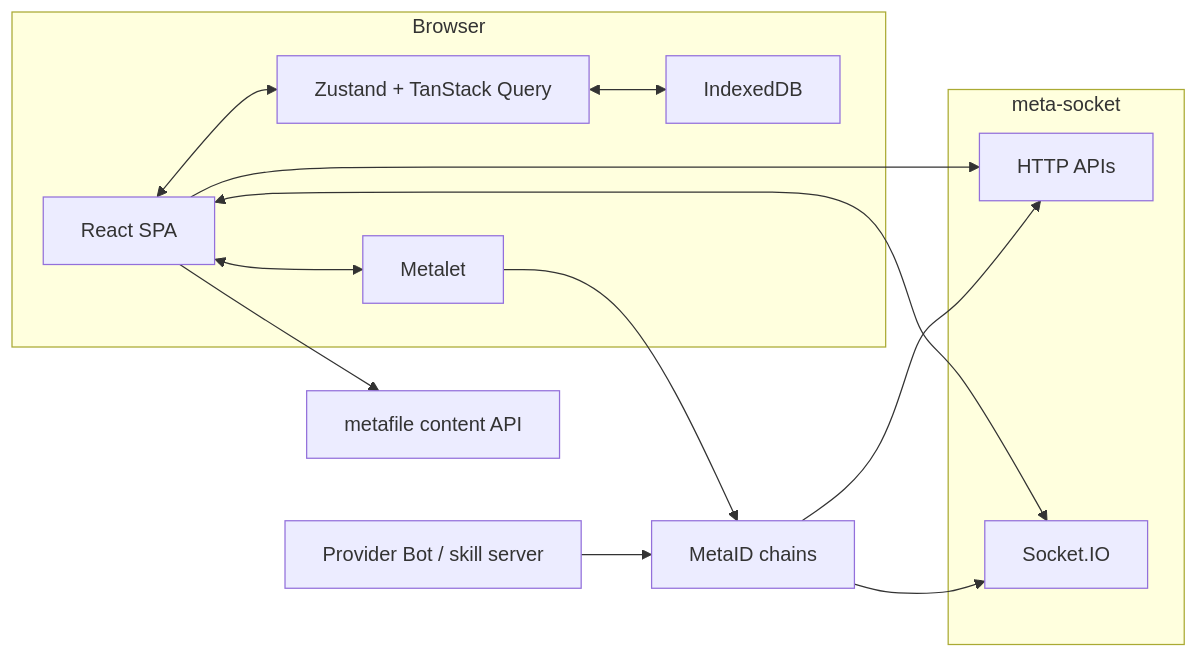
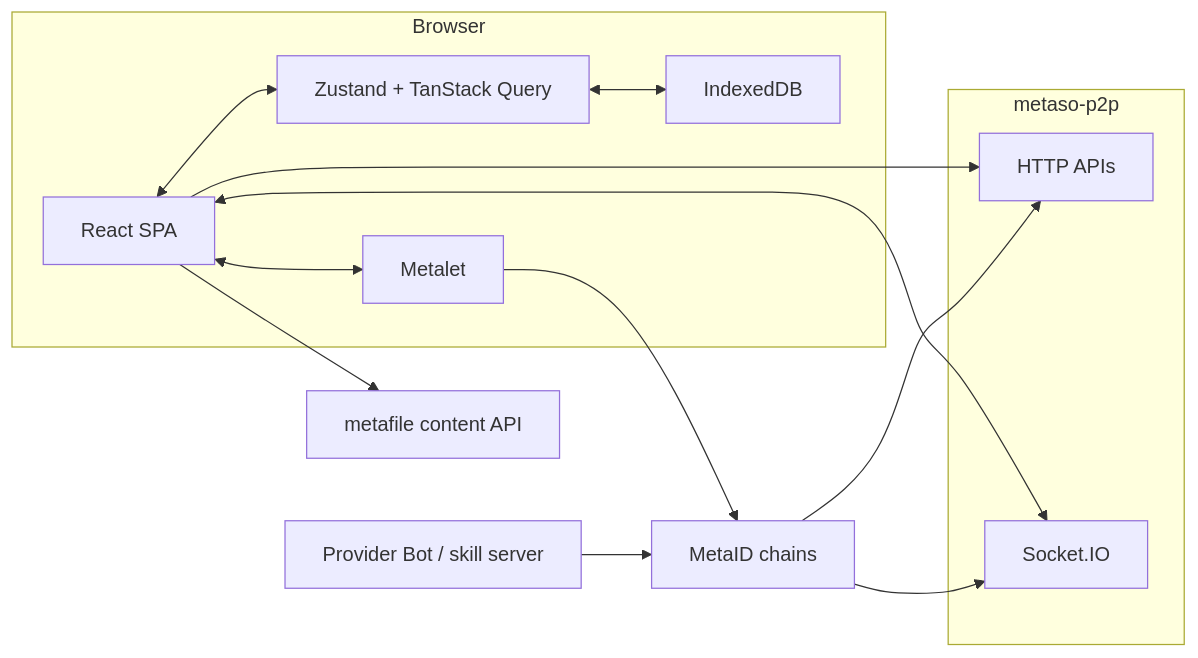
One commit to metaid-developers/bothub changed the diagram in docs/architecture/buyer-productization-design.md. Above: the diagram before and after it, drawn with Mermaid. The commit also changed other lines of this file and 52 other files, not shown here.

````diff
--- a/docs/architecture/buyer-productization-design.md
+++ b/docs/architecture/buyer-productization-design.md
@@ -160,29 +160,29 @@
 ```mermaid
 flowchart LR
   subgraph Browser
     UI["React SPA"]
     Wallet["Metalet"]
     Store["Zustand + TanStack Query"]
     DB["IndexedDB"]
   end
 
-  subgraph MetaSocket["meta-socket"]
+  subgraph MetasoP2P["metaso-p2p"]
     HTTP["HTTP APIs"]
     WS["Socket.IO"]
   end
 
   Chain["MetaID chains"]
   Provider["Provider Bot / skill server"]
   FileAPI["metafile content API"]
 
   UI <--> Store
   Store <--> DB
   UI <--> Wallet
   UI --> HTTP
   UI <--> WS
   Wallet --> Chain
   Provider --> Chain
   Chain --> HTTP
   Chain --> WS
   UI --> FileAPI
 ```
````
